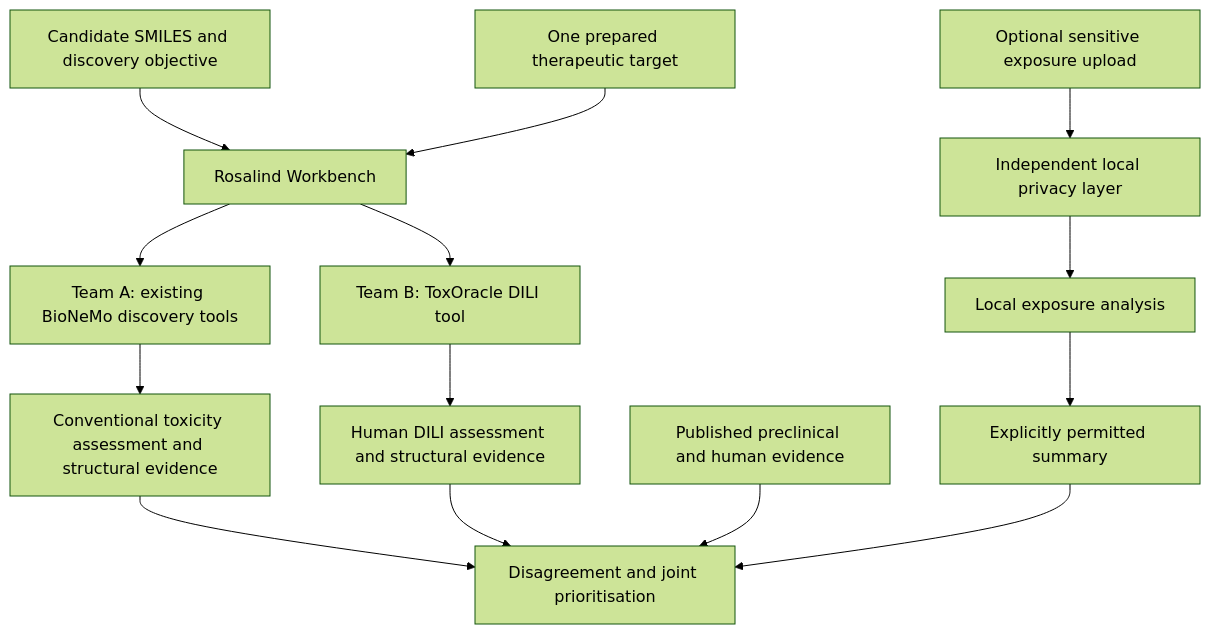
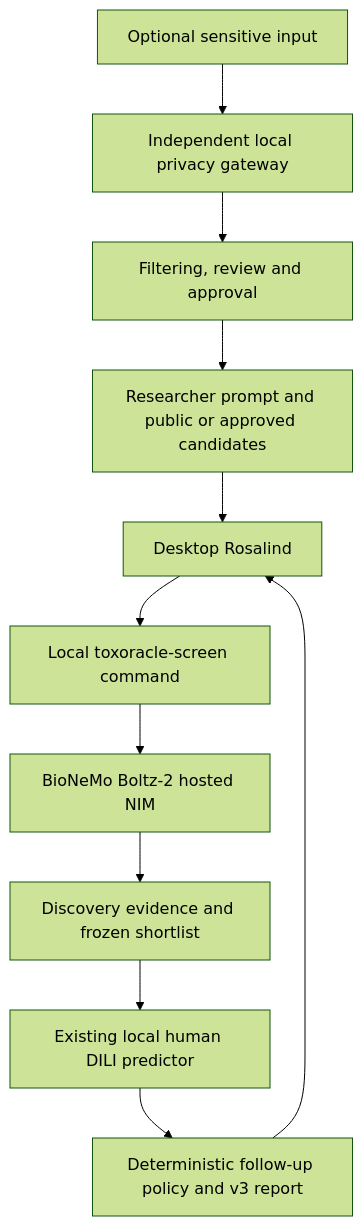
The diagram in BUILD_PLAN.md (odeb1/Tox_Oracle), drawn with Mermaid (forest theme) before and after one commit. The commit also changed other lines of this file and 21 other files, not shown here.

Commit message:
Add Rosalind Boltz-2 discovery and DILI screening workflow

````diff
--- a/BUILD_PLAN.md
+++ b/BUILD_PLAN.md
@@ -53,16 +26,13 @@
 ```mermaid
 flowchart TD
-    U[Candidate SMILES and discovery objective] --> R[Rosalind Workbench]
-    T[One prepared therapeutic target] --> R
-    R --> A[Team A: existing BioNeMo discovery tools]
-    R --> B[Team B: ToxOracle DILI tool]
-    A --> C[Conventional toxicity assessment and structural evidence]
-    B --> D[Human DILI assessment and structural evidence]
-    C --> J[Disagreement and joint prioritisation]
-    D --> J
-    E[Published preclinical and human evidence] --> J
-    H[Optional sensitive exposure upload] --> P[Independent local privacy layer]
-    P --> L[Local exposure analysis]
-    L --> S[Explicitly permitted summary]
-    S --> J
+    U[Researcher prompt and public or approved candidates] --> R[Desktop Rosalind]
+    R --> S[Local toxoracle-screen command]
+    S --> A[BioNeMo Boltz-2 hosted NIM]
+    A --> D[Discovery evidence and frozen shortlist]
+    D --> B[Existing local human DILI predictor]
+    B --> J[Deterministic follow-up policy and v3 report]
+    J --> R
+    P[Optional sensitive input] --> F[Independent local privacy gateway]
+    F --> V[Filtering, review and approval]
+    V --> U
 ```
````
